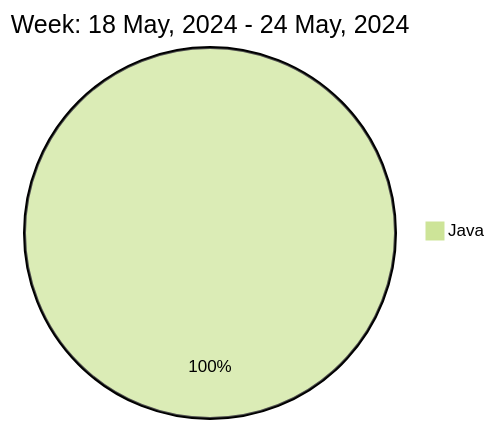
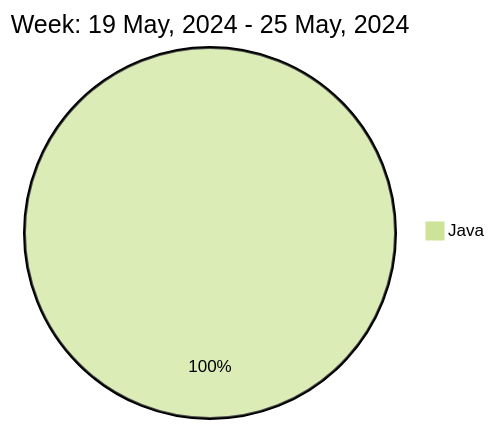
The diagram in README.md (liubin95/liubin95), drawn with Mermaid (forest theme) before and after one commit.

Commit message:
Updated the Graph with new Metrics

````diff
--- a/README.md
+++ b/README.md
@@ -37,5 +37,5 @@
 ```mermaid
  pie
-title Week: 18 May, 2024 - 24 May, 2024
+title Week: 19 May, 2024 - 25 May, 2024
  "Java" : 2.07
 ```
````
